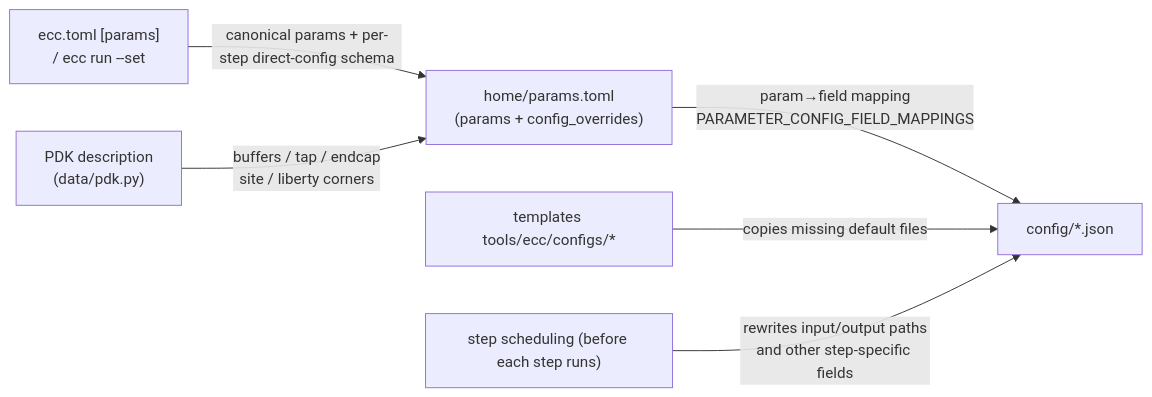
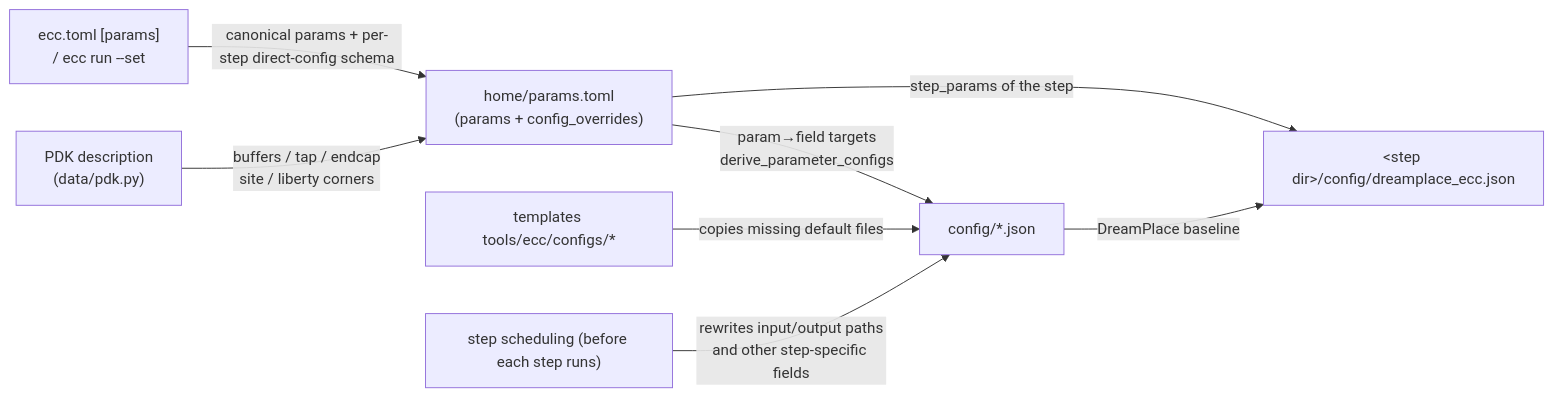
One commit to openecos-projects/ecc changed the diagram in chipcompiler/docs/ecc-config-ref.en.md. Above: the diagram before and after it, drawn with Mermaid. The commit also changed other lines of this file and 3 other files, not shown here.

First line of the commit message:
docs: describe per-step DreamPlace configs and parameter values

````diff
--- a/chipcompiler/docs/ecc-config-ref.en.md
+++ b/chipcompiler/docs/ecc-config-ref.en.md
@@ -58,8 +61,10 @@
 ```mermaid
 graph LR
     A["ecc.toml [params]<br/>/ ecc run --set"] -->|"canonical params + per-step direct-config schema"| B["home/params.toml<br/>(params + config_overrides)"]
     C["PDK description<br/>(data/pdk.py)"] -->|"buffers / tap / endcap<br/>site / liberty corners"| B
-    B -->|"param→field mapping<br/>PARAMETER_CONFIG_FIELD_MAPPINGS"| D["config/*.json"]
+    B -->|"param→field targets<br/>derive_parameter_configs"| D["config/*.json"]
+    B -->|"step_params of the step"| G["&lt;step dir&gt;/config/dreamplace_ecc.json"]
+    D -->|"DreamPlace baseline"| G
     E["templates tools/ecc/configs/*"] -->|copies missing default files| D
     F["step scheduling (before each step runs)"] -->|"rewrites input/output paths<br/>and other step-specific fields"| D
 ```
````
